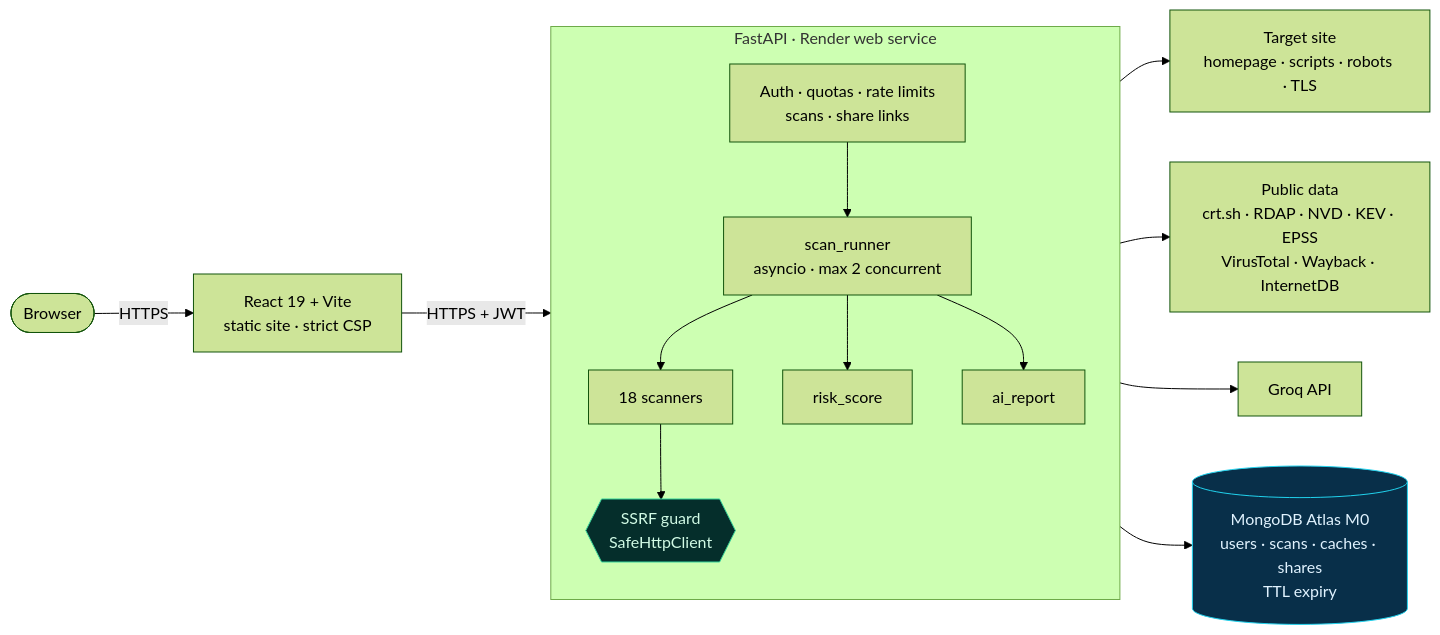
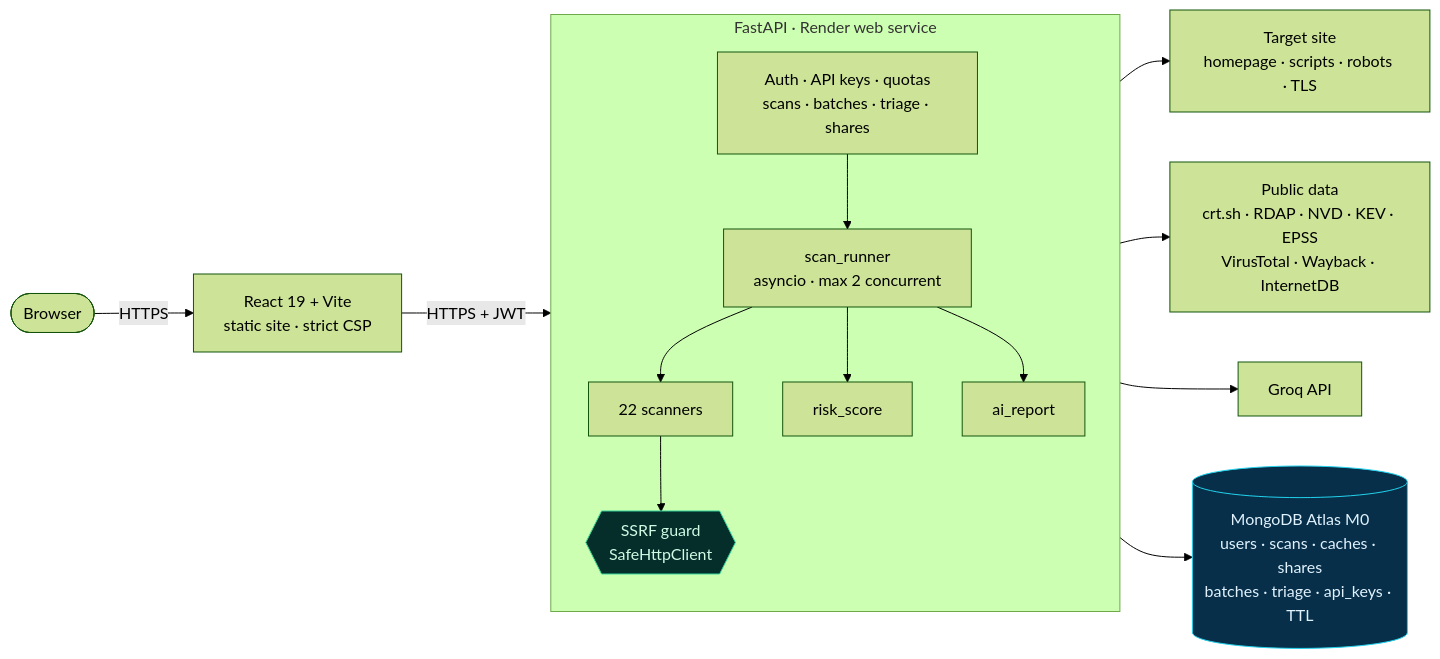
One commit to munisaidivith19-sketch/ReconLens changed the second of 2 diagrams in README.md. Above: the diagram before and after it, drawn with Mermaid (forest theme). The commit also changed other lines of this file and 43 other files, not shown here.

First line of the commit message:
Add API keys, batch scans, triage and Tier 2 recon checks

````diff
--- a/README.md
+++ b/README.md
@@ -177,24 +200,24 @@
 ```mermaid
 flowchart LR
     B([Browser]) -->|HTTPS| FE["React 19 + Vite<br/>static site · strict CSP"]
     FE -->|"HTTPS + JWT"| API
 
     subgraph API["FastAPI · Render web service"]
         direction TB
-        R["Auth · quotas · rate limits<br/>scans · share links"] --> RUN["scan_runner<br/>asyncio · max 2 concurrent"]
-        RUN --> SC["18 scanners"]
+        R["Auth · API keys · quotas<br/>scans · batches · triage · shares"] --> RUN["scan_runner<br/>asyncio · max 2 concurrent"]
+        RUN --> SC["22 scanners"]
         RUN --> RS["risk_score"]
         RUN --> AI["ai_report"]
         SC --> GUARD{{"SSRF guard<br/>SafeHttpClient"}}
     end
 
-    API --> DB[("MongoDB Atlas M0<br/>users · scans · caches · shares<br/>TTL expiry")]
+    API --> DB[("MongoDB Atlas M0<br/>users · scans · caches · shares<br/>batches · triage · api_keys · TTL")]
     GUARD --> T["Target site<br/>homepage · scripts · robots · TLS"]
     GUARD --> P["Public data<br/>crt.sh · RDAP · NVD · KEV · EPSS<br/>VirusTotal · Wayback · InternetDB"]
     AI --> GQ["Groq API"]
 
     classDef guard fill:#052e2b,stroke:#34d399,color:#d1fae5
     classDef store fill:#082f49,stroke:#22d3ee,color:#e0f2fe
     class GUARD guard
     class DB store
 ```
````
